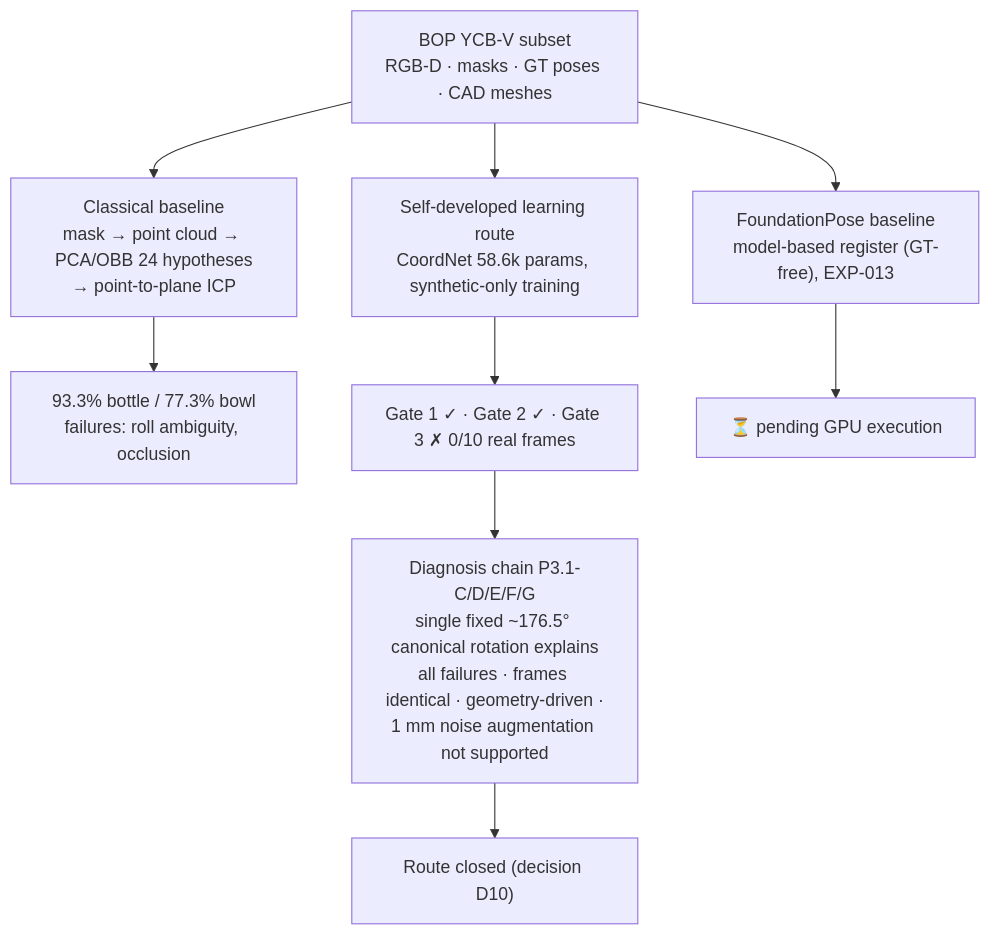
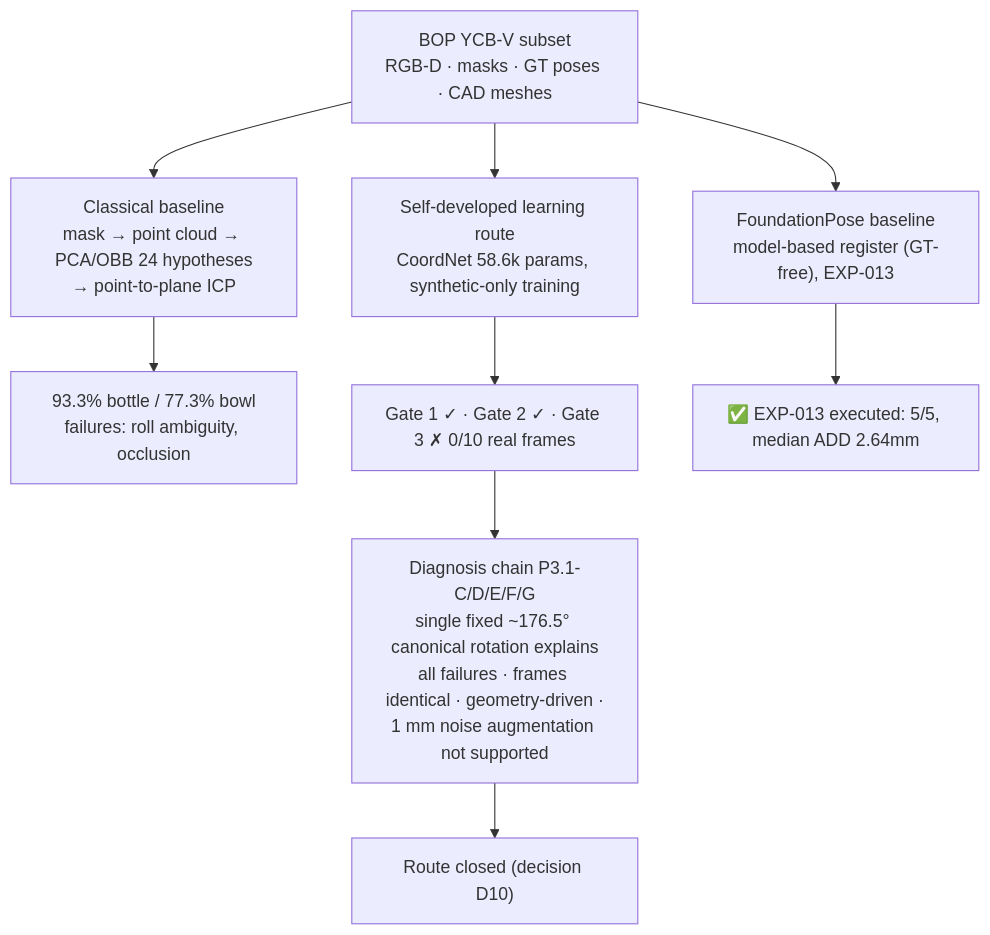
Before and after one commit to HEITA1/robot-3d-perception: the diagram in README.md, drawn with Mermaid. The commit also changed other lines of this file and 5 other files, not shown here.

Commit message:
docs: EXP-013 results archived across project docs (FP 5/5, median ADD 2.64mm)

````diff
--- a/README.md
+++ b/README.md
@@ -32,11 +32,11 @@
 ```mermaid
 flowchart TD
     A["BOP YCB-V subset<br/>RGB-D · masks · GT poses · CAD meshes"] --> B["Classical baseline<br/>mask → point cloud → PCA/OBB 24 hypotheses<br/>→ point-to-plane ICP"]
     B --> C["93.3% bottle / 77.3% bowl<br/>failures: roll ambiguity, occlusion"]
     A --> D["Self-developed learning route<br/>CoordNet 58.6k params, synthetic-only training"]
     D --> E["Gate 1 ✓ · Gate 2 ✓ · Gate 3 ✗ 0/10 real frames"]
     E --> F["Diagnosis chain P3.1-C/D/E/F/G<br/>single fixed ~176.5° canonical rotation explains<br/>all failures · frames identical · geometry-driven ·<br/>1 mm noise augmentation not supported"]
     F --> G["Route closed (decision D10)"]
     A --> H["FoundationPose baseline<br/>model-based register (GT-free), EXP-013"]
-    H --> I["⏳ pending GPU execution"]
+    H --> I["✅ EXP-013 executed: 5/5, median ADD 2.64mm"]
 ```
````
